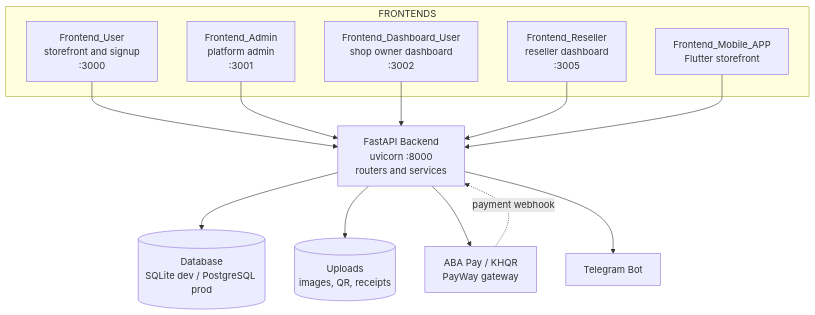
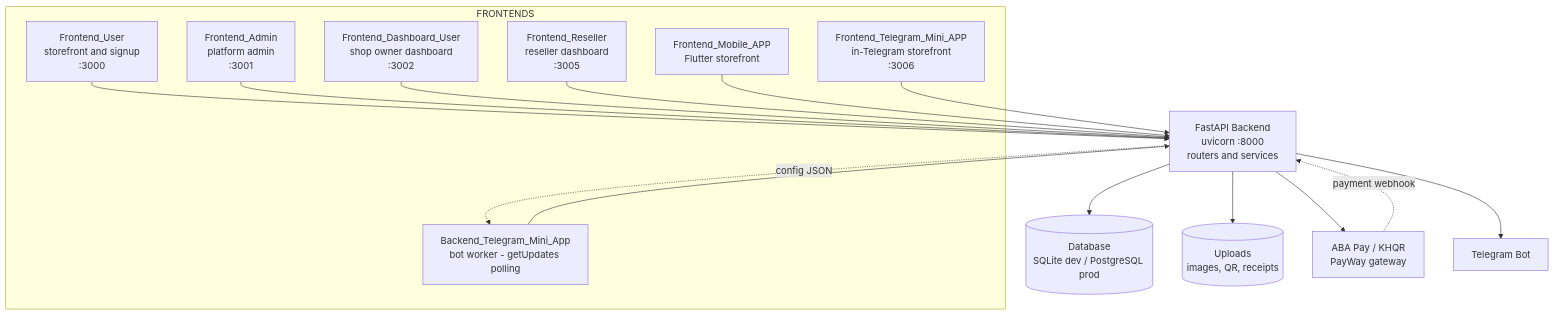
Before and after one commit to ThyMuoyhak/MiniShopCambodia-FullStackWeb: the first of 7 diagrams in README.md, drawn with Mermaid. The commit also changed other lines of this file, not shown here.

Commit message:
README: Architecture + Data Model now fully document Frontend_Telegram_Mini_APP and Backend_Telegram_Mini_App (data usage, telegram_settings fields, worker config flow)

````diff
--- a/README.md
+++ b/README.md
@@ -177,28 +183,33 @@
 ```mermaid
 graph TB
     subgraph FRONTENDS
         FU[Frontend_User<br/>storefront and signup<br/>:3000]
         FA[Frontend_Admin<br/>platform admin<br/>:3001]
         FD[Frontend_Dashboard_User<br/>shop owner dashboard<br/>:3002]
         FR[Frontend_Reseller<br/>reseller dashboard<br/>:3005]
+        FG[Frontend_Telegram_Mini_APP<br/>in-Telegram storefront<br/>:3006]
         FM[Frontend_Mobile_APP<br/>Flutter storefront]
+        BW[Backend_Telegram_Mini_App<br/>bot worker - getUpdates polling]
     end
     API[FastAPI Backend<br/>uvicorn :8000<br/>routers and services]
     DB[(Database<br/>SQLite dev / PostgreSQL prod)]
     UP[(Uploads<br/>images, QR, receipts)]
     ABA[ABA Pay / KHQR<br/>PayWay gateway]
     TG[Telegram Bot]
 
     FU --> API
     FA --> API
     FD --> API
     FR --> API
     FM --> API
+    FG --> API
+    BW --> API
 
     API --> DB
     API --> UP
     API --> ABA
     API --> TG
+    API -. config JSON .-> BW
 
     ABA -. payment webhook .-> API
 ```
````
